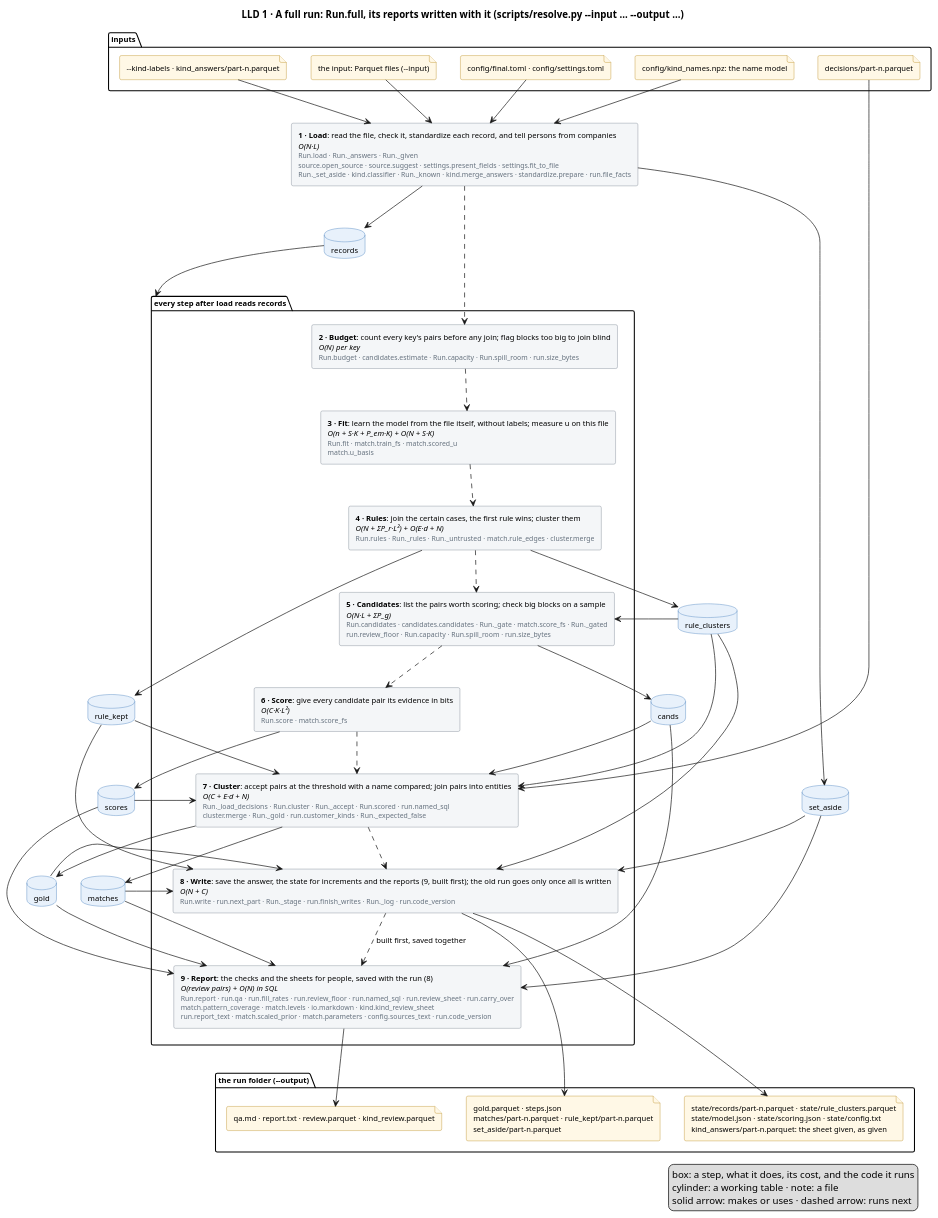
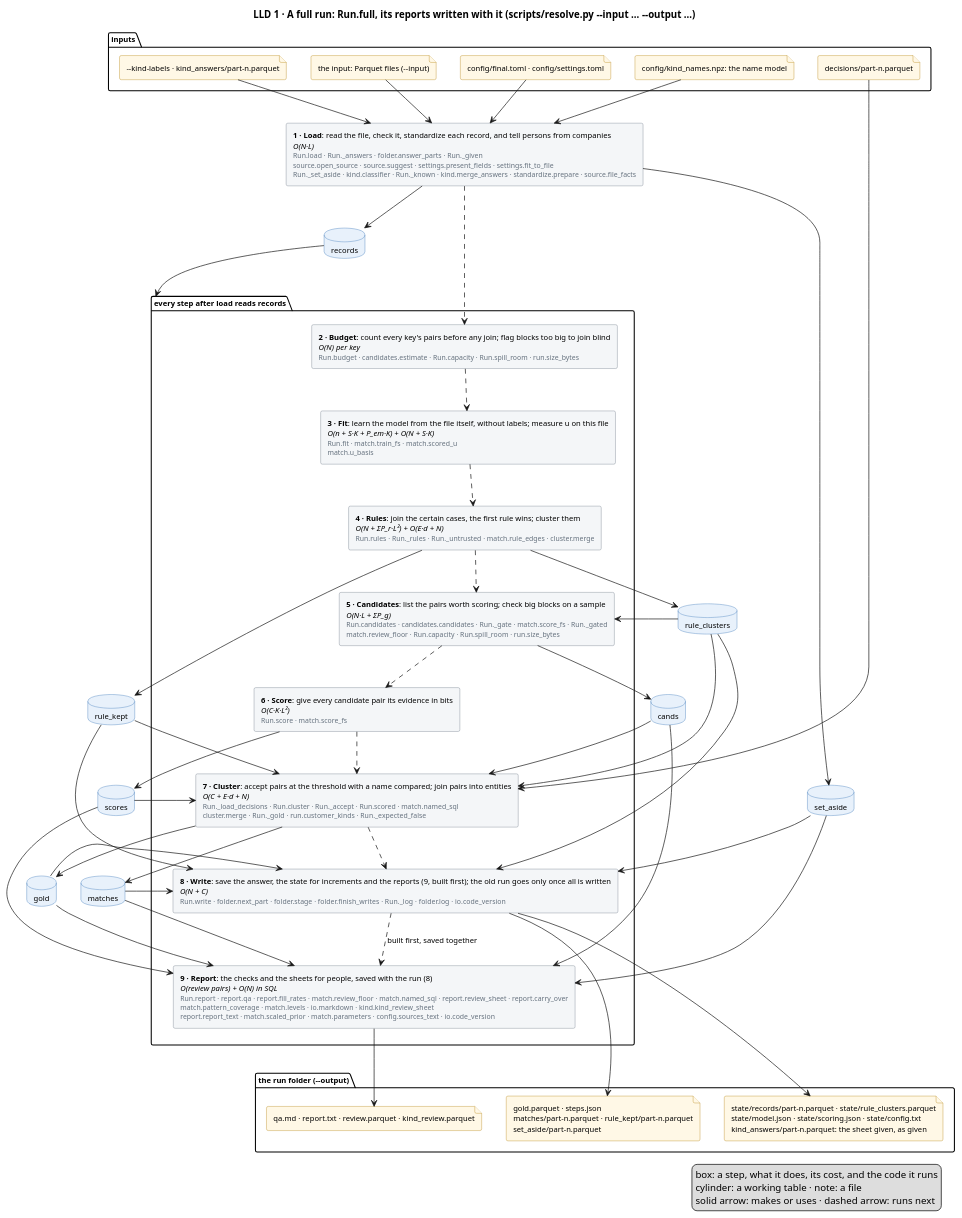
The diagram in docs/diagrams/full-run.puml (mvsbm/entity_matching), drawn with PlantUML before and after one commit. The commit also changed 28 other files, not shown here.

```diff
--- a/docs/diagrams/full-run.puml
+++ b/docs/diagrams/full-run.puml
@@ -1,100 +1,100 @@
 @startuml full-run
 title LLD 1 · A full run: Run.full, its reports written with it (scripts/resolve.py ~--input … ~--output …)
 skinparam defaultFontSize 11
 skinparam rectangle {
   BackgroundColor #F4F6F8
   BorderColor #65717E
 }
 skinparam database {
   BackgroundColor #E8F1FB
   BorderColor #2C6DB3
 }
 skinparam file {
   BackgroundColor #FFF8E6
   BorderColor #B07D00
 }
 
 package "inputs" {
   file "the input: Parquet files (~--input)" as f_input
   file "config/final.toml · config/settings.toml" as f_config
   file "config/kind_names.npz: the name model" as f_names
   file "~--kind-labels · kind_answers/part-n.parquet" as f_answers
   file "decisions/part-n.parquet" as f_decisions
 }
 
 
-rectangle "<b>1 · Load</b>: read the file, check it, standardize each record, and tell persons from companies\n<i>O(N·L)</i>\n<size:10><color:#65717E>Run.load · Run._answers · Run._given</color></size>\n<size:10><color:#65717E>source.open_source · source.suggest · settings.present_fields · settings.fit_to_file</color></size>\n<size:10><color:#65717E>Run._set_aside · kind.classifier · Run._known · kind.merge_answers · standardize.prepare · run.file_facts</color></size>" as load
+rectangle "<b>1 · Load</b>: read the file, check it, standardize each record, and tell persons from companies\n<i>O(N·L)</i>\n<size:10><color:#65717E>Run.load · Run._answers · folder.answer_parts · Run._given</color></size>\n<size:10><color:#65717E>source.open_source · source.suggest · settings.present_fields · settings.fit_to_file</color></size>\n<size:10><color:#65717E>Run._set_aside · kind.classifier · Run._known · kind.merge_answers · standardize.prepare · source.file_facts</color></size>" as load
 package "every step after load reads records" as after_load {
   rectangle "<b>2 · Budget</b>: count every key's pairs before any join; flag blocks too big to join blind\n<i>O(N) per key</i>\n<size:10><color:#65717E>Run.budget · candidates.estimate · Run.capacity · Run.spill_room · run.size_bytes</color></size>" as budget
   rectangle "<b>3 · Fit</b>: learn the model from the file itself, without labels; measure u on this file\n<i>O(n + S·K + P_em·K) + O(N + S·K)</i>\n<size:10><color:#65717E>Run.fit · match.train_fs · match.scored_u</color></size>\n<size:10><color:#65717E>match.u_basis</color></size>" as fit
   rectangle "<b>4 · Rules</b>: join the certain cases, the first rule wins; cluster them\n<i>O(N + ΣP_r·L²) + O(E·d + N)</i>\n<size:10><color:#65717E>Run.rules · Run._rules · Run._untrusted · match.rule_edges · cluster.merge</color></size>" as rules
-  rectangle "<b>5 · Candidates</b>: list the pairs worth scoring; check big blocks on a sample\n<i>O(N·L + ΣP_g)</i>\n<size:10><color:#65717E>Run.candidates · candidates.candidates · Run._gate · match.score_fs · Run._gated</color></size>\n<size:10><color:#65717E>run.review_floor · Run.capacity · Run.spill_room · run.size_bytes</color></size>" as candidates
+  rectangle "<b>5 · Candidates</b>: list the pairs worth scoring; check big blocks on a sample\n<i>O(N·L + ΣP_g)</i>\n<size:10><color:#65717E>Run.candidates · candidates.candidates · Run._gate · match.score_fs · Run._gated</color></size>\n<size:10><color:#65717E>match.review_floor · Run.capacity · Run.spill_room · run.size_bytes</color></size>" as candidates
   rectangle "<b>6 · Score</b>: give every candidate pair its evidence in bits\n<i>O(C·K·L²)</i>\n<size:10><color:#65717E>Run.score · match.score_fs</color></size>" as score
-  rectangle "<b>7 · Cluster</b>: accept pairs at the threshold with a name compared; join pairs into entities\n<i>O(C + E·d + N)</i>\n<size:10><color:#65717E>Run._load_decisions · Run.cluster · Run._accept · Run.scored · run.named_sql</color></size>\n<size:10><color:#65717E>cluster.merge · Run._gold · run.customer_kinds · Run._expected_false</color></size>" as cluster
-  rectangle "<b>8 · Write</b>: save the answer, the state for increments and the reports (9, built first); the old run goes only once all is written\n<i>O(N + C)</i>\n<size:10><color:#65717E>Run.write · run.next_part · Run._stage · run.finish_writes · Run._log · run.code_version</color></size>" as write
-  rectangle "<b>9 · Report</b>: the checks and the sheets for people, saved with the run (8)\n<i>O(review pairs) + O(N) in SQL</i>\n<size:10><color:#65717E>Run.report · run.qa · run.fill_rates · run.review_floor · run.named_sql · run.review_sheet · run.carry_over</color></size>\n<size:10><color:#65717E>match.pattern_coverage · match.levels · io.markdown · kind.kind_review_sheet</color></size>\n<size:10><color:#65717E>run.report_text · match.scaled_prior · match.parameters · config.sources_text · run.code_version</color></size>" as report
+  rectangle "<b>7 · Cluster</b>: accept pairs at the threshold with a name compared; join pairs into entities\n<i>O(C + E·d + N)</i>\n<size:10><color:#65717E>Run._load_decisions · Run.cluster · Run._accept · Run.scored · match.named_sql</color></size>\n<size:10><color:#65717E>cluster.merge · Run._gold · run.customer_kinds · Run._expected_false</color></size>" as cluster
+  rectangle "<b>8 · Write</b>: save the answer, the state for increments and the reports (9, built first); the old run goes only once all is written\n<i>O(N + C)</i>\n<size:10><color:#65717E>Run.write · folder.next_part · folder.stage · folder.finish_writes · Run._log · folder.log · io.code_version</color></size>" as write
+  rectangle "<b>9 · Report</b>: the checks and the sheets for people, saved with the run (8)\n<i>O(review pairs) + O(N) in SQL</i>\n<size:10><color:#65717E>Run.report · report.qa · report.fill_rates · match.review_floor · match.named_sql · report.review_sheet · report.carry_over</color></size>\n<size:10><color:#65717E>match.pattern_coverage · match.levels · io.markdown · kind.kind_review_sheet</color></size>\n<size:10><color:#65717E>report.report_text · match.scaled_prior · match.parameters · config.sources_text · io.code_version</color></size>" as report
 }
 database "records" as records
 database "set_aside" as set_aside
 database "rule_clusters" as rule_clusters
 database "rule_kept" as rule_kept
 database "cands" as cands
 database "scores" as scores
 database "matches" as matches
 database "gold" as gold
 
 package "the run folder (~--output)" {
   file "gold.parquet · steps.json\nmatches/part-n.parquet · rule_kept/part-n.parquet\nset_aside/part-n.parquet" as f_out
   file "state/records/part-n.parquet · state/rule_clusters.parquet\nstate/model.json · state/scoring.json · state/config.txt\nkind_answers/part-n.parquet: the sheet given, as given" as f_state
   file "qa.md · report.txt · review.parquet · kind_review.parquet" as f_people
 }
 
 f_input --> load
 f_config --> load
 f_names --> load
 f_answers --> load
 f_decisions --> cluster
 
 load ..> budget
 budget ..> fit
 fit ..> rules
 rules ..> candidates
 candidates ..> score
 score ..> cluster
 cluster ..> write
 write ..> report : built first, saved together
 
 load --> records
 load --> set_aside
 records --> after_load
 rules --> rule_clusters
 rules --> rule_kept
 rule_clusters --> candidates
 rule_clusters --> cluster
 rule_clusters --> write
 rule_kept --> cluster
 rule_kept --> write
 candidates --> cands
 cands --> cluster
 cands --> report
 score --> scores
 scores --> cluster
 scores --> report
 cluster --> matches
 cluster --> gold
 matches --> write
 matches --> report
 gold --> write
 gold --> report
 set_aside --> write
 set_aside --> report
 
 write --> f_out
 write --> f_state
 report --> f_people
 legend right
   box: a step, what it does, its cost, and the code it runs
   cylinder: a working table · note: a file
   solid arrow: makes or uses · dashed arrow: runs next
 endlegend
 @enduml
```
